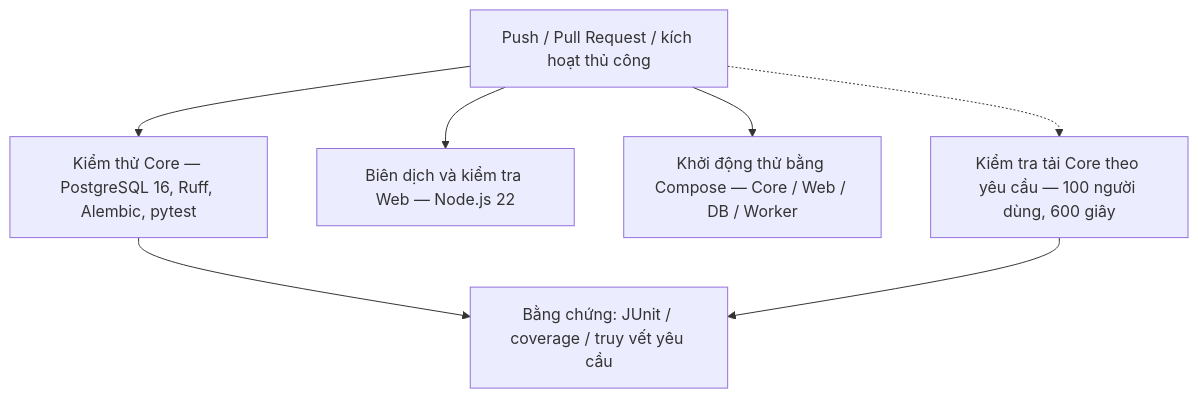
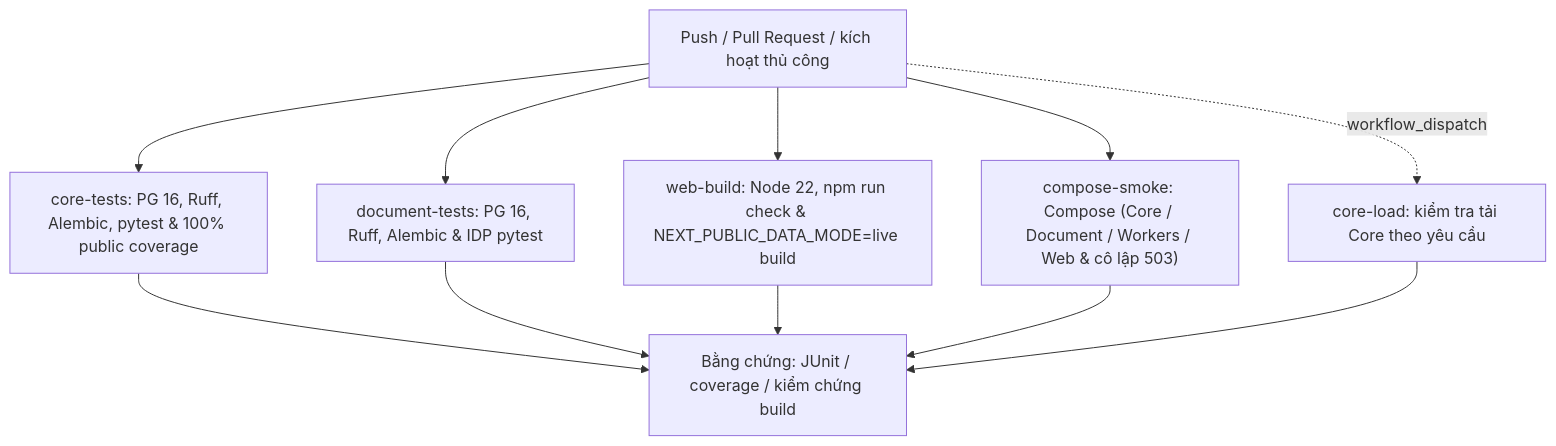
One commit to quantd0106/DATN changed the diagram in docs/architect/lumi-design/diagrams_arch/A07_Deployment_CI.mmd. Above: the diagram before and after it, drawn with Mermaid. The commit also changed 107 other files, not shown here.

```diff
--- a/docs/architect/lumi-design/diagrams_arch/A07_Deployment_CI.mmd
+++ b/docs/architect/lumi-design/diagrams_arch/A07_Deployment_CI.mmd
@@ -1,7 +1,8 @@
 flowchart TB
-  G["Push / Pull Request / kích hoạt thủ công"] --> T["Kiểm thử Core — PostgreSQL 16, Ruff, Alembic, pytest"]
-  G --> W["Biên dịch và kiểm tra Web — Node.js 22"]
-  G --> S["Khởi động thử bằng Compose — Core / Web / DB / Worker"]
-  G -.-> L["Kiểm tra tải Core theo yêu cầu — 100 người dùng, 600 giây"]
-  T --> E["Bằng chứng: JUnit / coverage / truy vết yêu cầu"]
+  G["Push / Pull Request / kích hoạt thủ công"] --> T["core-tests: PG 16, Ruff, Alembic, pytest & 100% public coverage"]
+  G --> DT["document-tests: PG 16, Ruff, Alembic & IDP pytest"]
+  G --> W["web-build: Node 22, npm run check & NEXT_PUBLIC_DATA_MODE=live build"]
+  G --> S["compose-smoke: Compose (Core / Document / Workers / Web & cô lập 503)"]
+  G -. "workflow_dispatch" .-> L["core-load: kiểm tra tải Core theo yêu cầu"]
+  T & DT & W & S --> E["Bằng chứng: JUnit / coverage / kiểm chứng build"]
   L --> E
```
